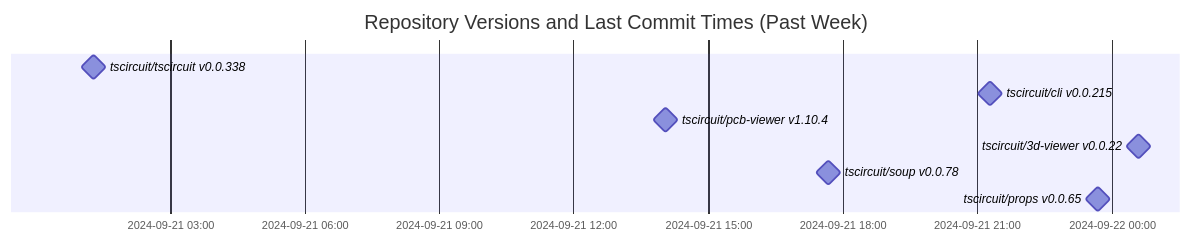
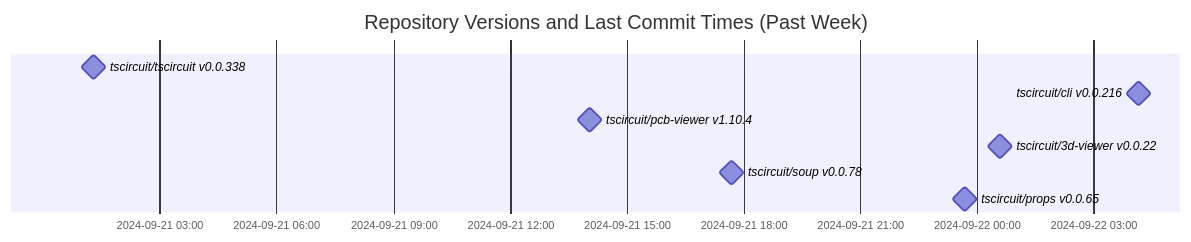
One commit to tscircuit/version-tracker changed the diagram in README.md. Above: the diagram before and after it, drawn with Mermaid.

Commit message:
Update chart

````diff
--- a/README.md
+++ b/README.md
@@ -1,13 +1,13 @@
 ```mermaid
 gantt
   dateFormat  YYYY-MM-DD HH:mm:ss
   title Repository Versions and Last Commit Times (Past Week)
   axisFormat %Y-%m-%d %H:%M
 
   tscircuit/tscircuit v0.0.338 : milestone, 2024-09-21 01:17:43, 1s
-  tscircuit/cli v0.0.215 : milestone, 2024-09-21 21:17:31, 1s
+  tscircuit/cli v0.0.216 : milestone, 2024-09-22 04:08:59, 1s
   tscircuit/pcb-viewer v1.10.4 : milestone, 2024-09-21 14:02:34, 1s
   tscircuit/3d-viewer v0.0.22 : milestone, 2024-09-22 00:35:36, 1s
   tscircuit/soup v0.0.78 : milestone, 2024-09-21 17:40:44, 1s
   tscircuit/props v0.0.65 : milestone, 2024-09-21 23:41:11, 1s
 ```
````
